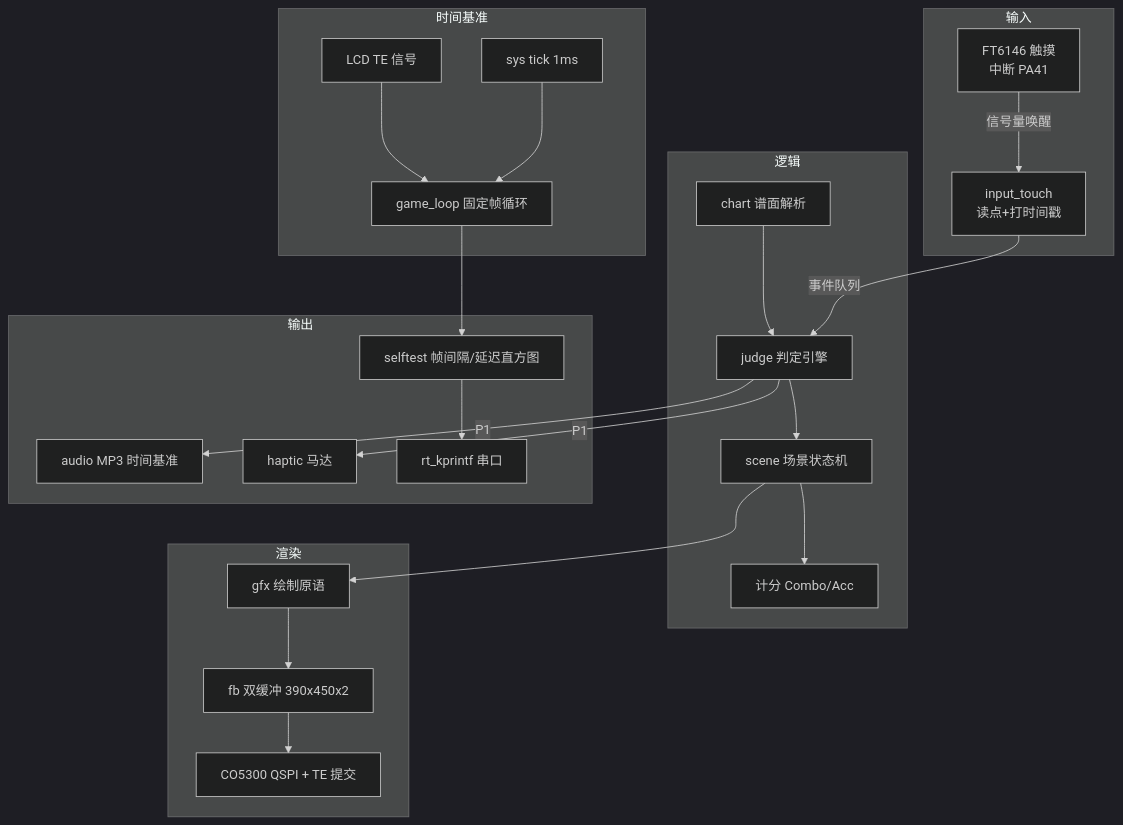
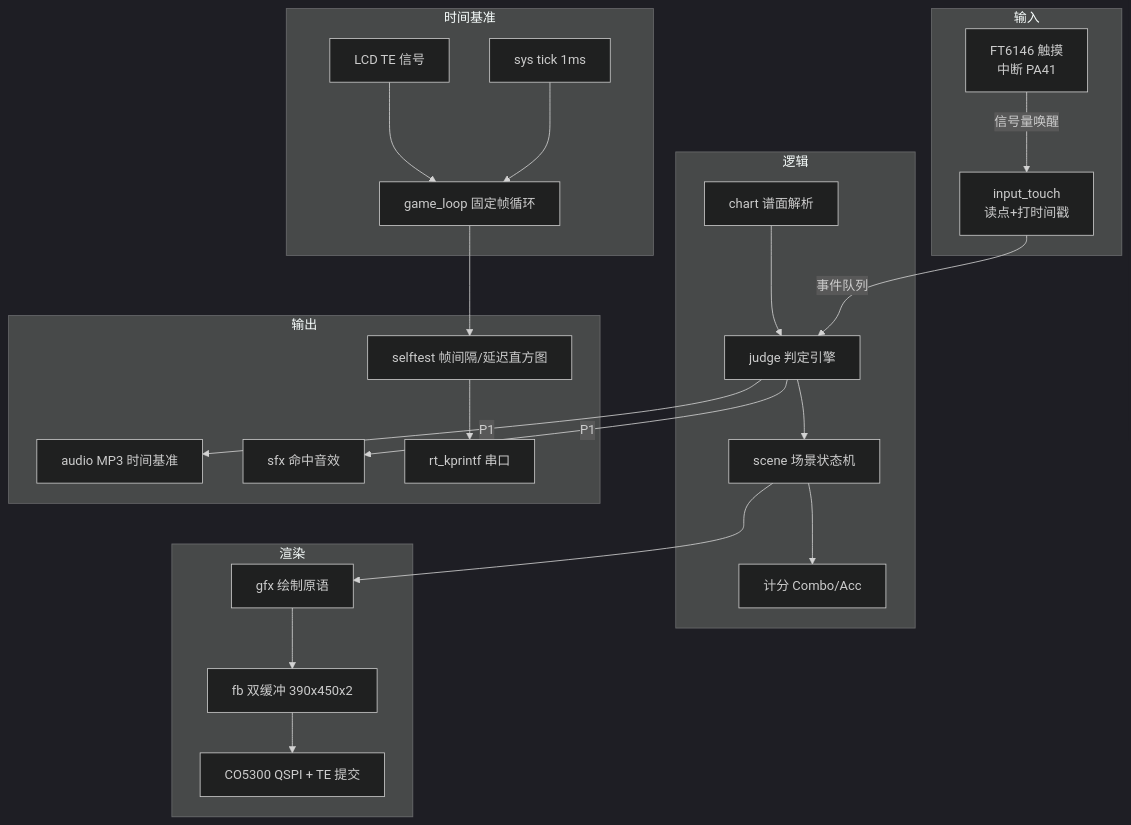
Before and after one commit to kuro-0721/hsp-micro-rhythm: the diagram in docs/02-方案设计说明.md, drawn with Mermaid (dark theme). The commit also changed other lines of this file and 8 other files, not shown here.

````diff
--- a/docs/02-方案设计说明.md
+++ b/docs/02-方案设计说明.md
@@ -33,27 +34,27 @@
 ```mermaid
 flowchart TB
     subgraph 输入
         TP[FT6146 触摸<br/>中断 PA41] -->|信号量唤醒| IN[input_touch<br/>读点+打时间戳]
     end
     subgraph 时间基准
         TE[LCD TE 信号] --> LOOP[game_loop 固定帧循环]
         TICK[sys tick 1ms] --> LOOP
     end
     subgraph 逻辑
         CHART[chart 谱面解析] --> JUDGE[judge 判定引擎]
         IN -->|事件队列| JUDGE
         JUDGE --> STATE[scene 场景状态机]
         STATE --> SCORE[计分 Combo/Acc]
     end
     subgraph 渲染
         STATE --> GFX[gfx 绘制原语]
         GFX --> FB[fb 双缓冲 390x450x2]
         FB --> LCD[CO5300 QSPI + TE 提交]
     end
     subgraph 输出
         JUDGE -->|P1| AUD[audio MP3 时间基准]
-        JUDGE -->|P1| HAP[haptic 马达]
+        JUDGE -->|P1| SFX[sfx 命中音效]
         LOOP --> SELFTEST[selftest 帧间隔/延迟直方图]
         SELFTEST --> LOG[rt_kprintf 串口]
     end
 ```
````
